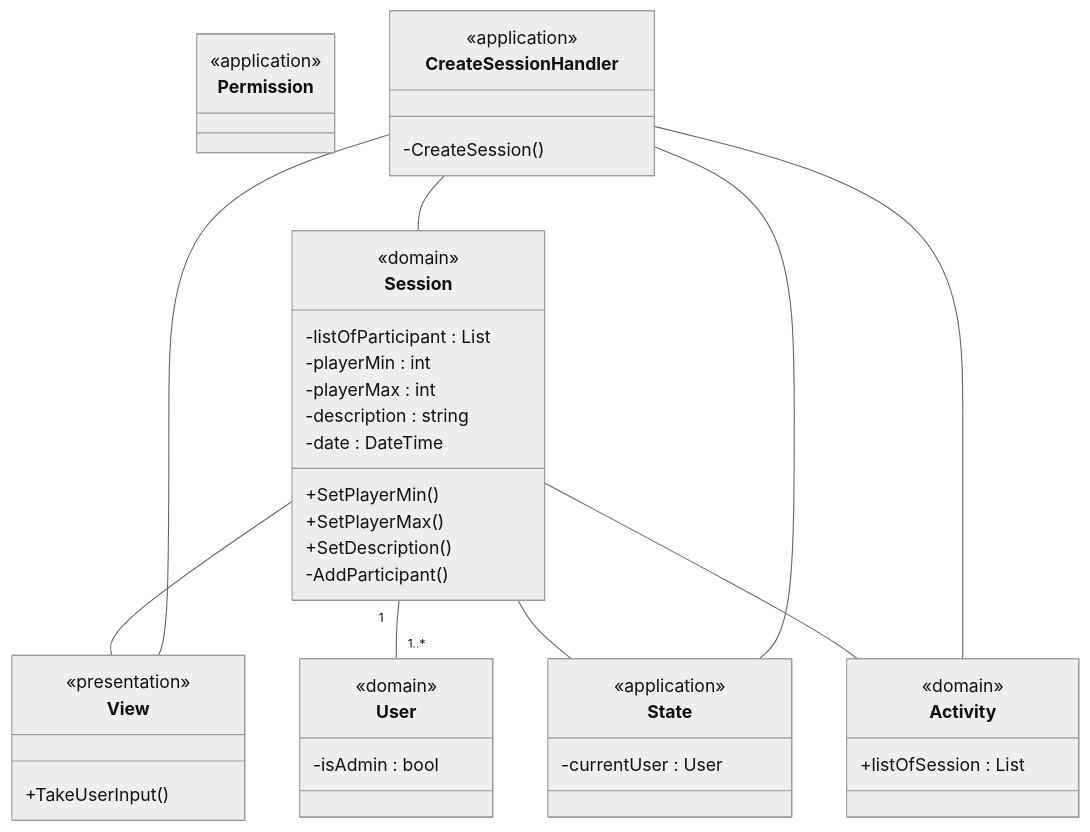
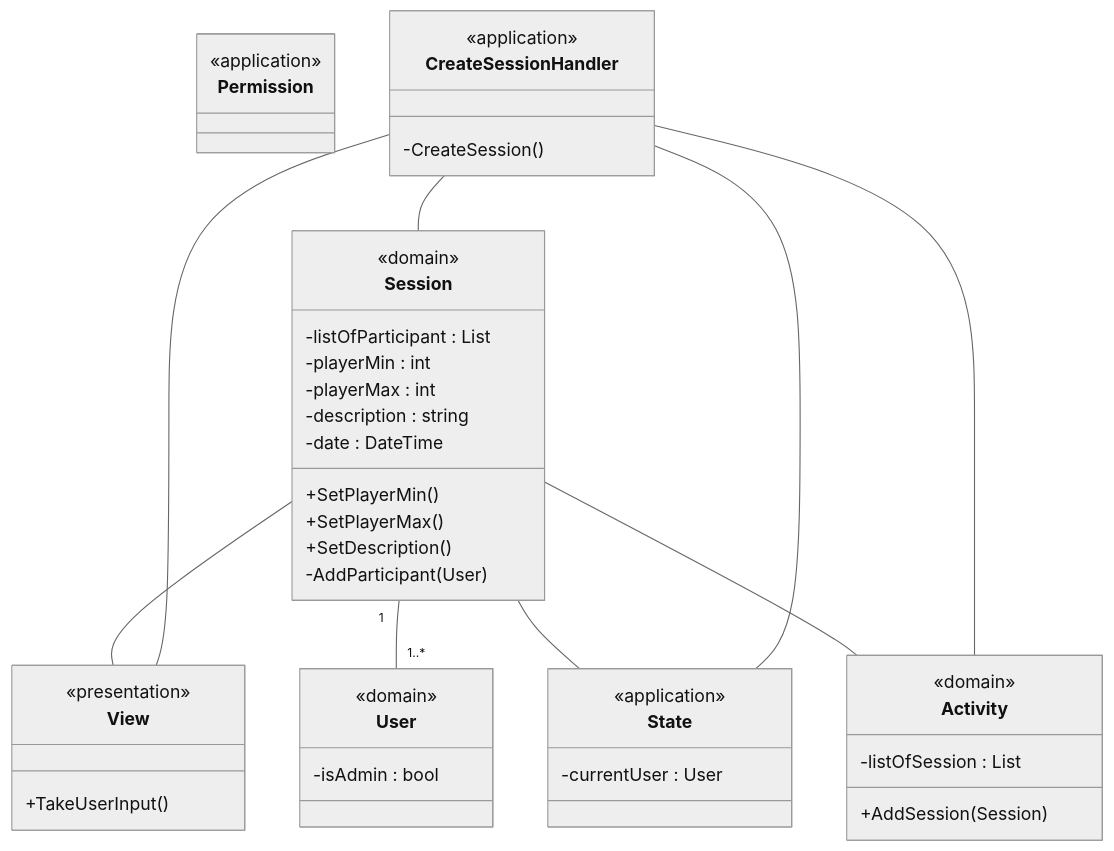
The fourth of 4 diagrams in 02 notes/Klassediagram.md (MatiasHeiberg/1.semesterprojekt), drawn with Mermaid (neutral theme) before and after one commit. The commit also changed 9 other files, not shown here.

````diff
--- a/02 notes/Klassediagram.md
+++ b/02 notes/Klassediagram.md
@@ -130,58 +130,60 @@
 ```mermaid
 classDiagram
 
 %% Class definitions
 class Session {
 	<<domain>>
     -listOfParticipant : List<User>
 	-playerMin : int 
 	-playerMax : int
 	-description : string
 	-date : DateTime
 	
 	+SetPlayerMin()
 	+SetPlayerMax()
 	+SetDescription()
-	-AddParticipant()
+	-AddParticipant(User)
 	
 	
 }
 class User {
 	<<domain>>
 	-isAdmin : bool
 	
 }
 class State {
 	<<application>>
 	-currentUser : User
 }
 %% Serviceklasse til at håndtere rettigheds kald i systemmet.
 class Permission {
 	<<application>>
 }
 
 class View {
 	<<presentation>> 
 	+TakeUserInput()
 }
 class Activity {
 	<<domain>>
-	+listOfSession : List<Session>
+	-listOfSession : List<Session>
+	
+	+AddSession(Session)
 }
 class CreateSessionHandler{
 	<<application>>
 	-CreateSession()
 }
 %% Class relationships
 Session "1" -- "1..*" User
 Session -- View
 Session -- State
 Session -- Activity
 CreateSessionHandler -- View
 CreateSessionHandler -- Session
 CreateSessionHandler -- State
 CreateSessionHandler -- Activity
 
 
 
 ```
````
